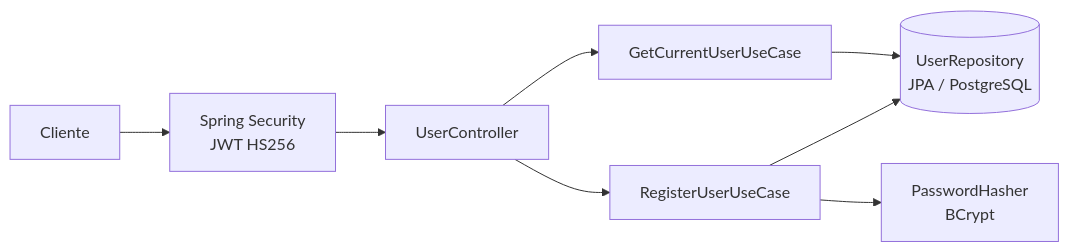
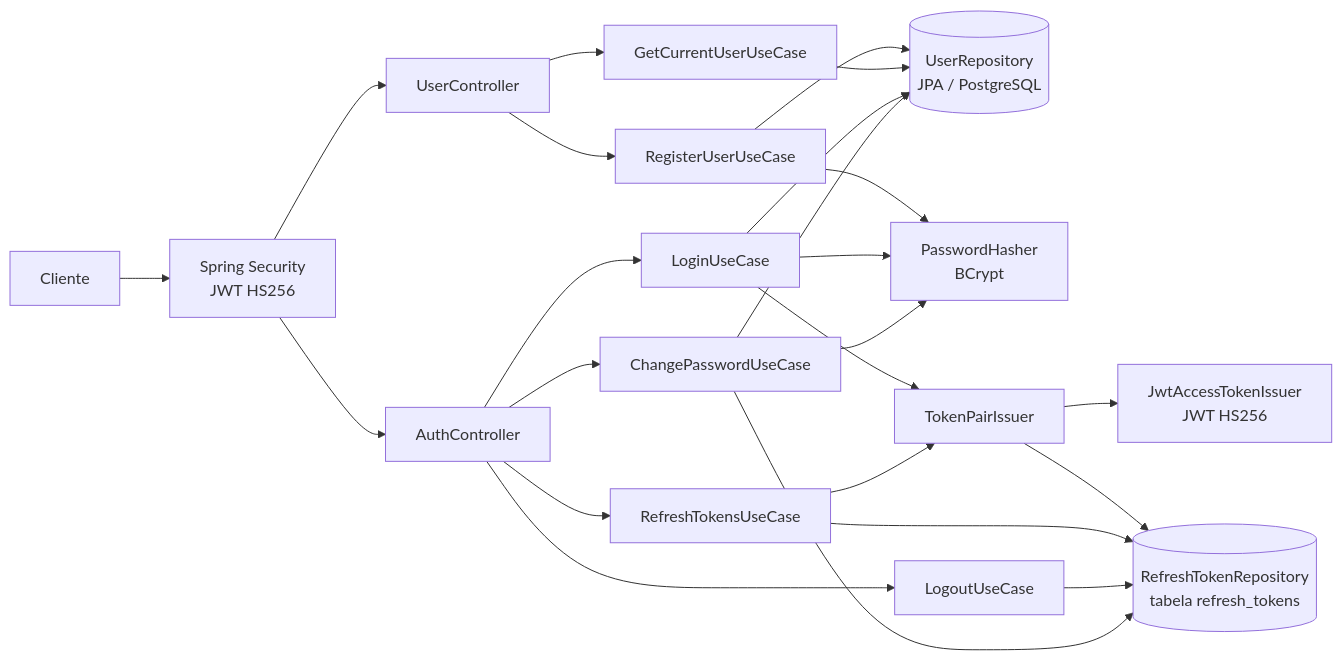
One commit to FRSContiero/task-api changed the second of 2 diagrams in docs/MANUAL.md. Above: the diagram before and after it, drawn with Mermaid. The commit also changed other lines of this file and 49 other files, not shown here.

First line of the commit message:
feat: add login, refresh token rotation, logout and password change

````diff
--- a/docs/MANUAL.md
+++ b/docs/MANUAL.md
@@ -89,10 +231,26 @@
 ```mermaid
 flowchart LR
   C[Cliente] --> S[Spring Security<br/>JWT HS256]
   S --> UC[UserController]
   UC --> RU[RegisterUserUseCase]
   UC --> GU[GetCurrentUserUseCase]
   RU --> R[(UserRepository<br/>JPA / PostgreSQL)]
   GU --> R
   RU --> H[PasswordHasher<br/>BCrypt]
+  S --> AC[AuthController]
+  AC --> LU[LoginUseCase]
+  AC --> RT[RefreshTokensUseCase]
+  AC --> LO[LogoutUseCase]
+  AC --> CP[ChangePasswordUseCase]
+  LU --> R
+  LU --> H
+  CP --> R
+  CP --> H
+  LU --> TP[TokenPairIssuer]
+  RT --> TP
+  TP --> JW[JwtAccessTokenIssuer<br/>JWT HS256]
+  TP --> RR[(RefreshTokenRepository<br/>tabela refresh_tokens)]
+  RT --> RR
+  LO --> RR
+  CP --> RR
 ```
````
